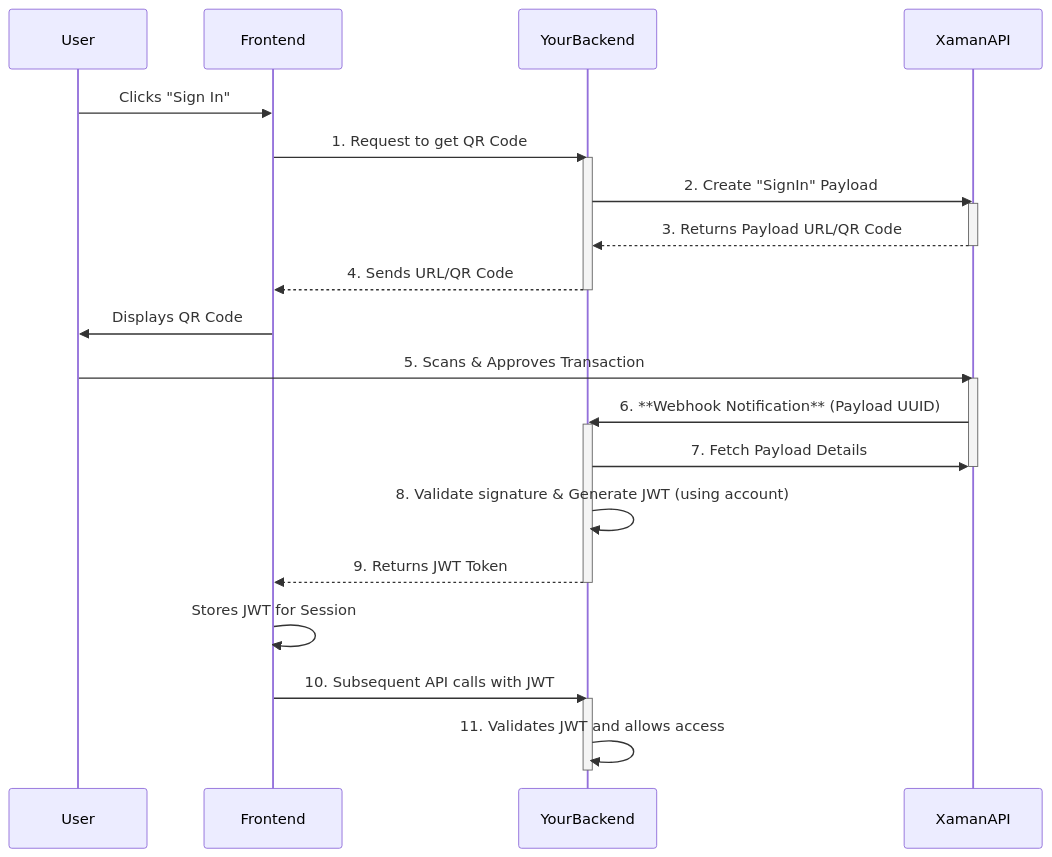
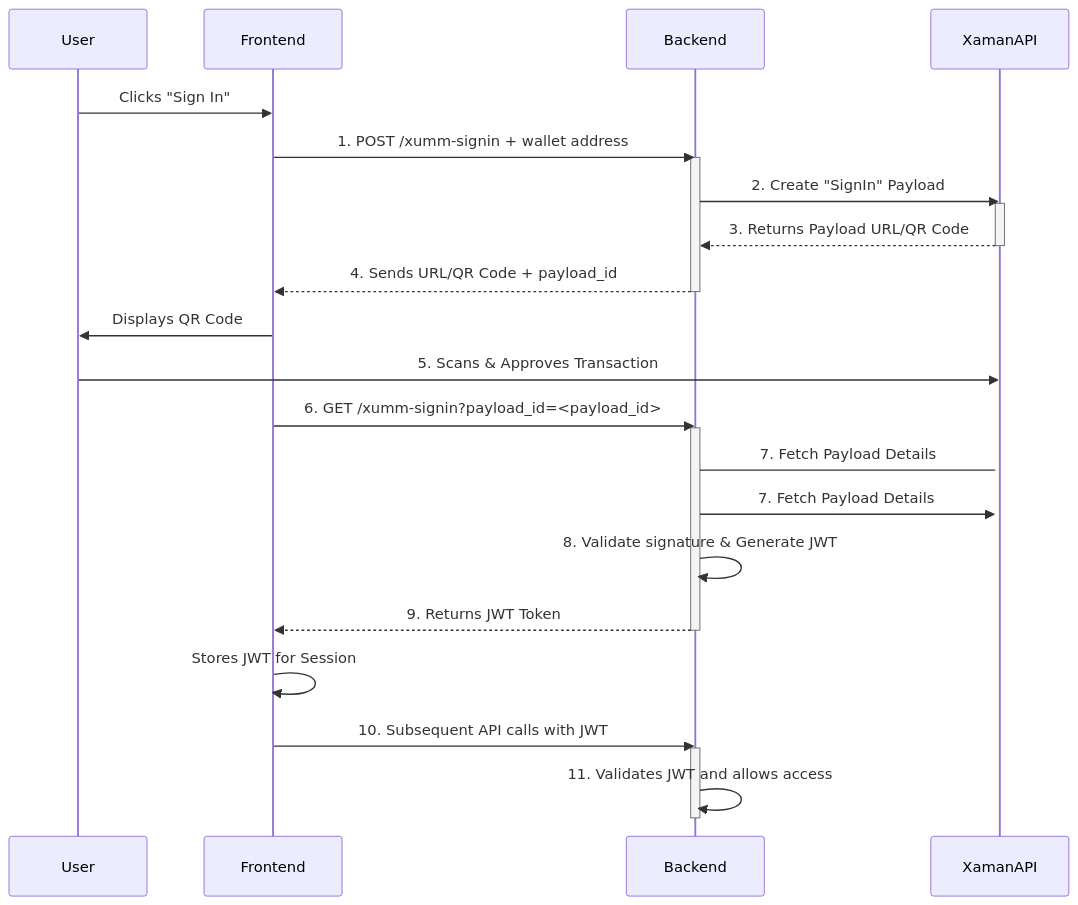
The diagram in rwa_mkplace_be/supabase/functions/xumm-signin/docs.md (XVM-VoltRWA/rwa_marketplace), drawn with Mermaid before and after one commit. The commit also changed other lines of this file and 16 other files, not shown here.

Commit message:
Refactor XUMM payload handling and authentication in create-nft and create-offer functions; add JWT support in xumm-signin; implement webhook processing for offer status updates.

````diff
--- a/rwa_mkplace_be/supabase/functions/xumm-signin/docs.md
+++ b/rwa_mkplace_be/supabase/functions/xumm-signin/docs.md
@@ -3,33 +3,34 @@
 ```mermaid
 sequenceDiagram
     participant User
     participant Frontend
-    participant YourBackend
+    participant Backend
     participant XamanAPI
 
     User->>Frontend: Clicks "Sign In"
-    Frontend->>YourBackend: 1. Request to get QR Code
-    activate YourBackend
-    YourBackend->>XamanAPI: 2. Create "SignIn" Payload
+    Frontend->>Backend: 1. POST /xumm-signin + wallet address
+    activate Backend
+    Backend->>XamanAPI: 2. Create "SignIn" Payload
     activate XamanAPI
-    XamanAPI-->>YourBackend: 3. Returns Payload URL/QR Code
+    XamanAPI-->>Backend: 3. Returns Payload URL/QR Code
     deactivate XamanAPI
-    YourBackend-->>Frontend: 4. Sends URL/QR Code
-    deactivate YourBackend
+    Backend-->>Frontend: 4. Sends URL/QR Code + payload_id
+    deactivate Backend
 
     Frontend->>User: Displays QR Code
     User->>XamanAPI: 5. Scans & Approves Transaction
     activate XamanAPI
-    XamanAPI->>YourBackend: 6. **Webhook Notification** (Payload UUID)
-    activate YourBackend
-    YourBackend->>XamanAPI: 7. Fetch Payload Details
-    deactivate XamanAPI
-    YourBackend->>YourBackend: 8. Validate signature & Generate JWT (using account)
-    YourBackend-->>Frontend: 9. Returns JWT Token
-    deactivate YourBackend
+
+    Frontend->>Backend: 6. GET /xumm-signin?payload_id=<payload_id>
+    activate Backend
+    Backend->XamanAPI: 7. Fetch Payload Details
+    Backend->>XamanAPI: 7. Fetch Payload Details
+    Backend->>Backend: 8. Validate signature & Generate JWT
+    Backend-->>Frontend: 9. Returns JWT Token
+    deactivate Backend
     Frontend->>Frontend: Stores JWT for Session
-    Frontend->>YourBackend: 10. Subsequent API calls with JWT
-    activate YourBackend
-    YourBackend->>YourBackend: 11. Validates JWT and allows access
-    deactivate YourBackend
+    Frontend->>Backend: 10. Subsequent API calls with JWT
+    activate Backend
+    Backend->>Backend: 11. Validates JWT and allows access
+    deactivate Backend
 ```
````
